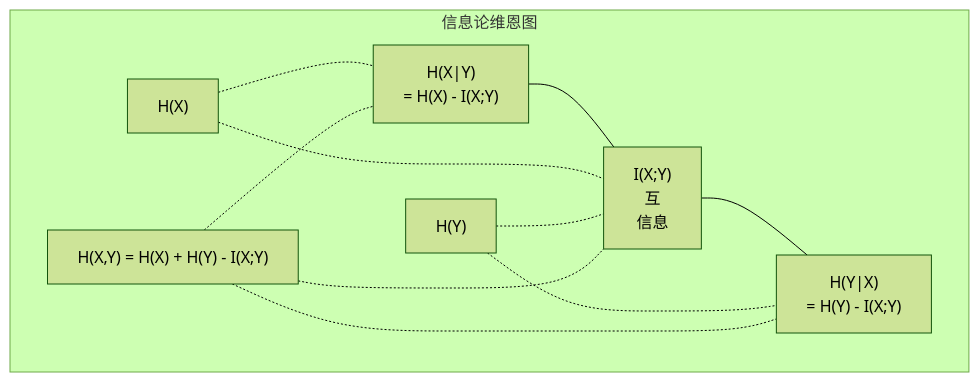
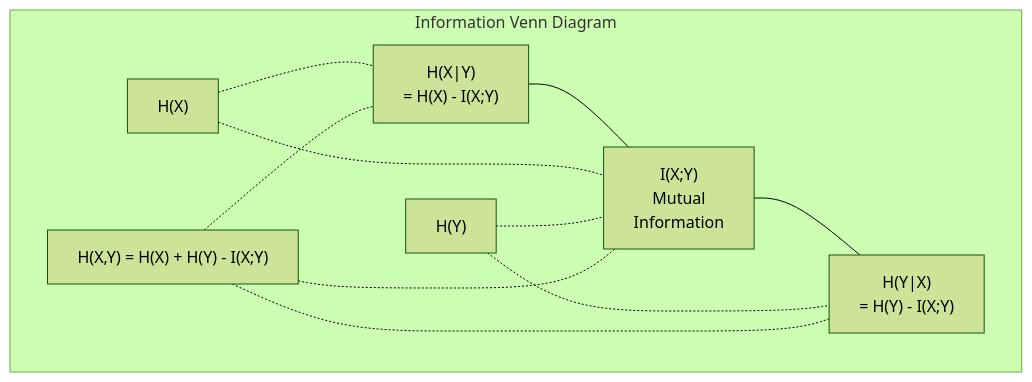
Before and after one commit to xiaojiaenen/ai-engineering-from-scratch-zh: the diagram in i18n/zh/phases/01-math-foundations/09-information-theory/docs/zh.md, drawn with Mermaid (forest theme). The commit also changed other lines of this file and 22 other files, not shown here.

````diff
--- a/i18n/zh/phases/01-math-foundations/09-information-theory/docs/zh.md
+++ b/i18n/zh/phases/01-math-foundations/09-information-theory/docs/zh.md
@@ -146,22 +146,22 @@
 ```mermaid
 graph TD
-    subgraph "信息论维恩图"
+    subgraph "Information Venn Diagram"
         direction LR
         HX["H(X)"]
         HY["H(Y)"]
-        MI["I(X;Y)<br/>互<br/>信息"]
+        MI["I(X;Y)<br/>Mutual<br/>Information"]
         HXgY["H(X|Y)<br/>= H(X) - I(X;Y)"]
         HYgX["H(Y|X)<br/>= H(Y) - I(X;Y)"]
         HXY["H(X,Y) = H(X) + H(Y) - I(X;Y)"]
     end
 
     HXgY --- MI
     MI --- HYgX
     HX -.- HXgY
     HX -.- MI
     HY -.- MI
     HY -.- HYgX
     HXY -.- HXgY
     HXY -.- MI
     HXY -.- HYgX
 ```
````
